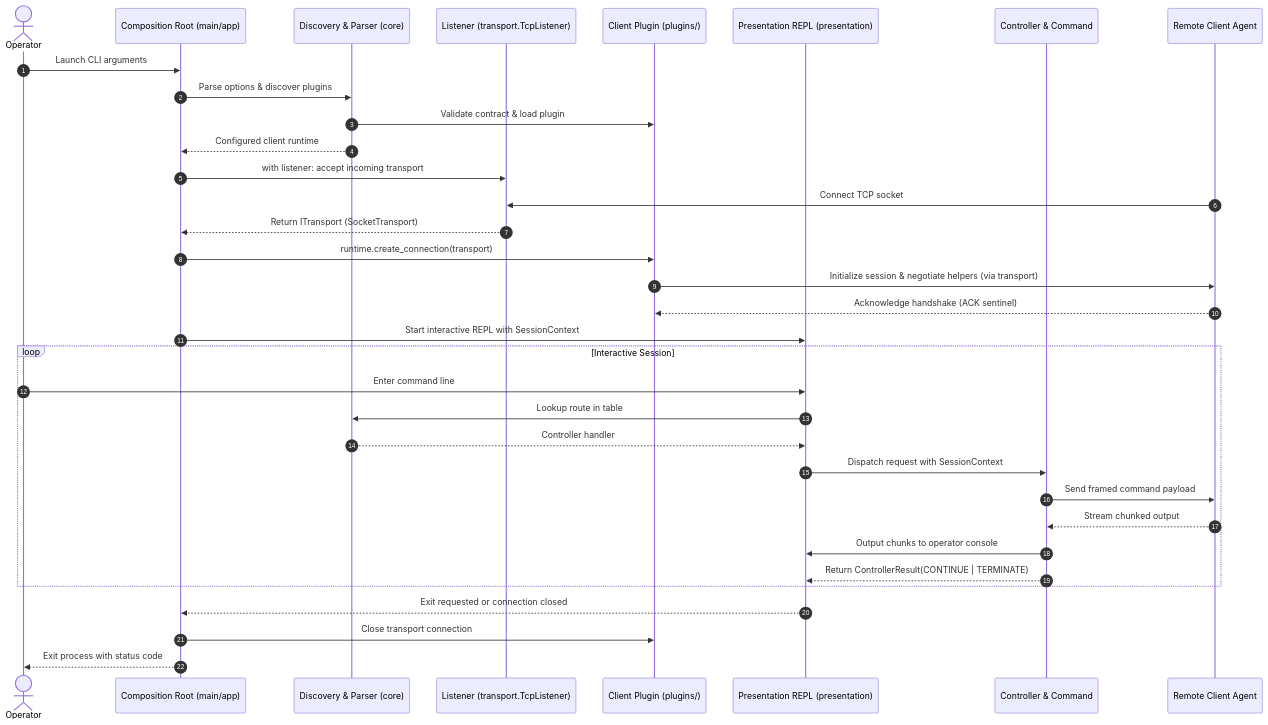
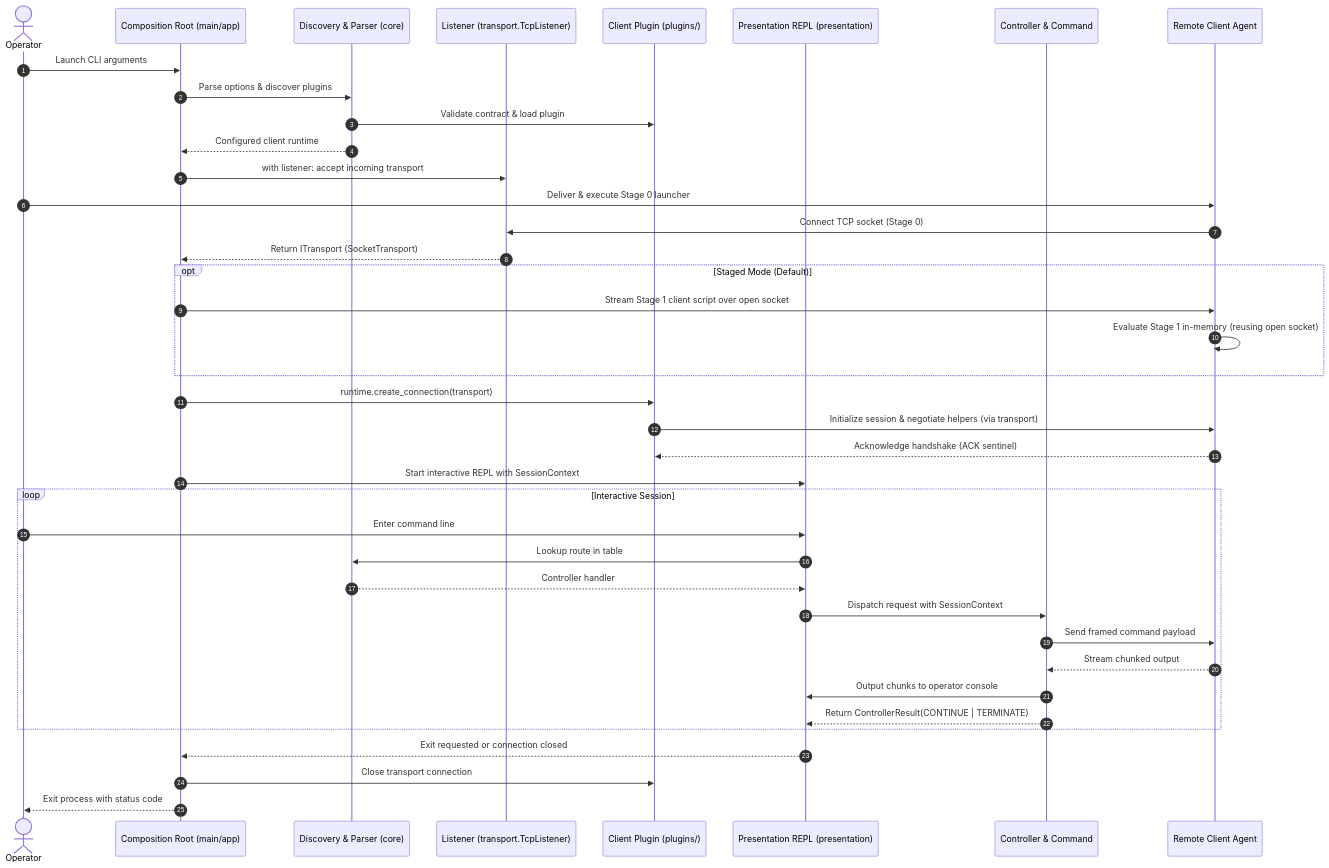
The second of 2 diagrams in ARCHITECTURE.md (othon-hugo/declusor), drawn with Mermaid before and after one commit. The commit also changed other lines of this file and 4 other files, not shown here.

First line of the commit message:
docs(core): synchronize README, architecture, and contributing guides with stager framework

````diff
--- a/ARCHITECTURE.md
+++ b/ARCHITECTURE.md
@@ -175,39 +232,44 @@
 ```mermaid
 sequenceDiagram
     autonumber
     actor Operator
     participant Main as Composition Root (main/app)
     participant Core as Discovery & Parser (core)
     participant Listener as Listener (transport.TcpListener)
     participant Plugin as Client Plugin (plugins/)
     participant View as Presentation REPL (presentation)
     participant Controller as Controller & Command
     participant Remote as Remote Client Agent
 
     Operator->>Main: Launch CLI arguments
     Main->>Core: Parse options & discover plugins
     Core->>Plugin: Validate contract & load plugin
     Core-->>Main: Configured client runtime
     Main->>Listener: with listener: accept incoming transport
-    Remote->>Listener: Connect TCP socket
+    Operator->>Remote: Deliver & execute Stage 0 launcher
+    Remote->>Listener: Connect TCP socket (Stage 0)
     Listener-->>Main: Return ITransport (SocketTransport)
+    opt Staged Mode (Default)
+        Main->>Remote: Stream Stage 1 client script over open socket
+        Remote->>Remote: Evaluate Stage 1 in-memory (reusing open socket)
+    end
     Main->>Plugin: runtime.create_connection(transport)
     Plugin->>Remote: Initialize session & negotiate helpers (via transport)
     Remote-->>Plugin: Acknowledge handshake (ACK sentinel)
     Main->>View: Start interactive REPL with SessionContext
 
     loop Interactive Session
         Operator->>View: Enter command line
         View->>Core: Lookup route in table
         Core-->>View: Controller handler
         View->>Controller: Dispatch request with SessionContext
         Controller->>Remote: Send framed command payload
         Remote-->>Controller: Stream chunked output
         Controller->>View: Output chunks to operator console
         Controller-->>View: Return ControllerResult(CONTINUE | TERMINATE)
     end
 
     View-->>Main: Exit requested or connection closed
     Main->>Plugin: Close transport connection
     Main-->>Operator: Exit process with status code
 ```
````
